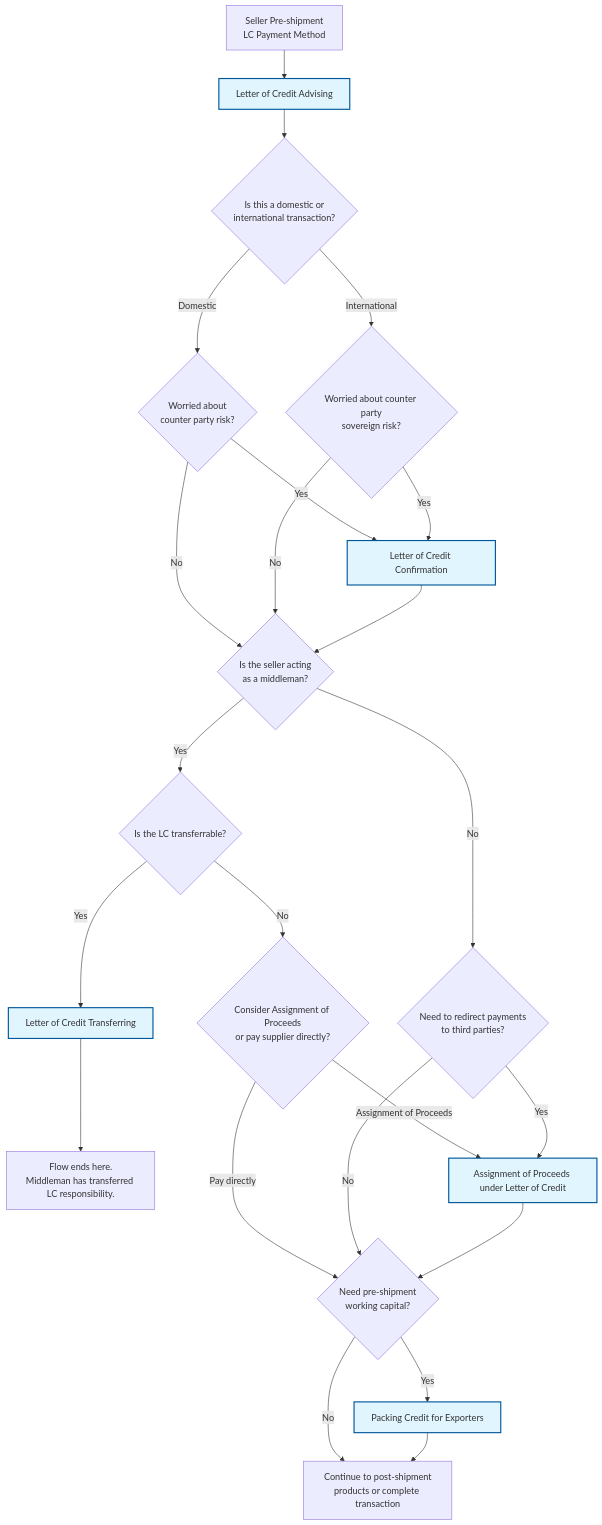
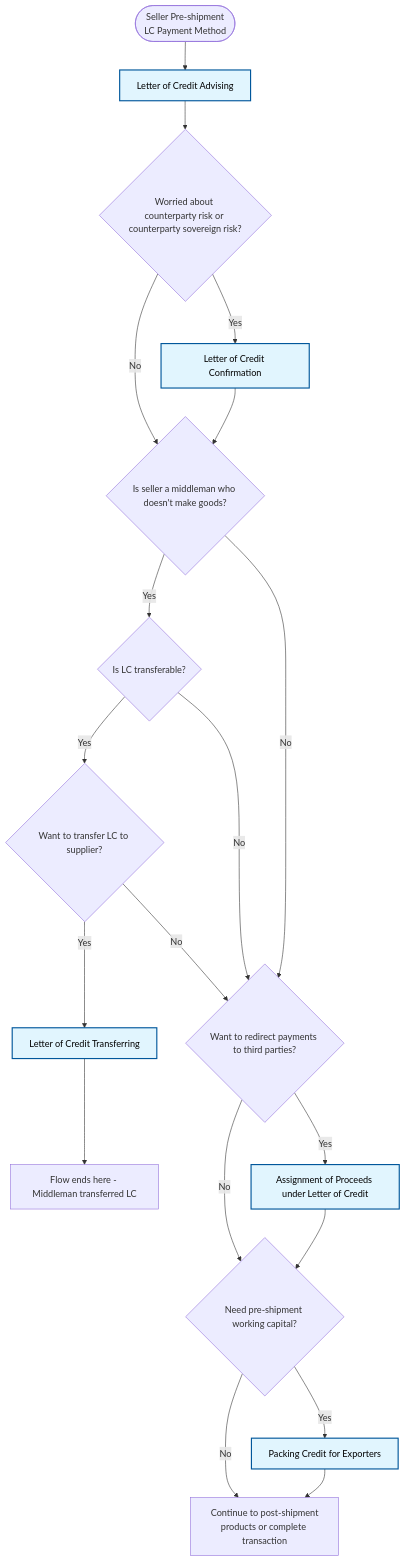
Before and after one commit to sage-develop/why: the diagram in lc_products_decision_tree_seller_pre_shipment.md, drawn with Mermaid. The commit also changed other lines of this file and 2 other files, not shown here.

Commit message:
update seller pre-shipment diag

````diff
--- a/lc_products_decision_tree_seller_pre_shipment.md
+++ b/lc_products_decision_tree_seller_pre_shipment.md
@@ -9,33 +3,31 @@
 ```mermaid
 flowchart TD
-    A@{ label: "Seller Pre-shipment<br style=\"--tw-scale-x:\">LC Payment Method" } --> B["Letter of Credit Advising"]
-    B --> C{"Is this a domestic or<br>international transaction?"}
-    C -- Domestic --> D{"Worried about<br>counter party risk?"}
-    C -- International --> E{"Worried about counter party<br>sovereign risk?"}
-    D -- Yes --> F["Letter of Credit Confirmation"]
-    E -- Yes --> F
-    D -- No --> G{"Is the seller acting<br>as a middleman?"}
-    E -- No --> G
-    F --> G
-    G -- Yes --> H{"Is the LC transferrable?"}
-    G -- No --> I{"Need to redirect payments<br>to third parties?"}
-    H -- Yes --> J["Letter of Credit Transferring"]
-    H -- No --> K{"Consider Assignment of Proceeds<br>or pay supplier directly?"}
-    J --> L["Flow ends here.<br>Middleman has transferred LC responsibility."]
-    K -- Assignment of Proceeds --> M["Assignment of Proceeds under Letter of Credit"]
-    K -- Pay directly --> N{"Need pre-shipment<br>working capital?"}
-    I -- Yes --> M
-    I -- No --> N
-    M --> N
-    N -- Yes --> O["Packing Credit for Exporters"]
-    N -- No --> P["Continue to post-shipment<br>products or complete transaction"]
-    O --> P
+    Start@{ label: "Seller Pre-shipment<br style=\"--tw-scale-x:\">LC Payment Method" } --> LCAdvising["Letter of Credit Advising"]
+    LCAdvising --> RiskConcern{"Worried about counterparty risk or counterparty sovereign risk?"}
+    RiskConcern -- Yes --> LCConfirm["Letter of Credit Confirmation"]
+    RiskConcern -- No --> CheckMiddleman@{ label: "Is seller a middleman who doesn't make goods?" }
+    LCConfirm --> CheckMiddleman
+    CheckMiddleman -- Yes --> TransferableCheck{"Is LC transferable?"}
+    TransferableCheck -- Yes --> WantTransfer{"Want to transfer LC to supplier?"}
+    WantTransfer -- Yes --> LCTransfer["Letter of Credit Transferring"]
+    WantTransfer -- No --> CheckAssign{"Want to redirect payments to third parties?"}
+    TransferableCheck -- No --> CheckAssign
+    LCTransfer --> End1["Flow ends here - Middleman transferred LC"]
+    CheckMiddleman -- No --> CheckAssign
+    CheckAssign -- Yes --> AssignProceeds["Assignment of Proceeds under Letter of Credit"]
+    CheckAssign -- No --> CheckPacking{"Need pre-shipment working capital?"}
+    AssignProceeds --> CheckPacking
+    CheckPacking -- Yes --> PackingCredit["Packing Credit for Exporters"]
+    CheckPacking -- No --> ContinueFlow@{ label: "Continue to post-shipment<br style=\"--tw-scale-x:\">products or complete transaction" }
+    PackingCredit --> ContinueFlow
 
-    A@{ shape: rect}
-     B:::product
-     F:::product
-     J:::product
-     M:::product
-     O:::product
-    classDef product fill:#e1f5fe,stroke:#01579b,stroke-width:2px,color:#000s
+    Start@{ shape: stadium}
+    CheckMiddleman@{ shape: diamond}
+    ContinueFlow@{ shape: rect}
+     LCAdvising:::productBox
+     LCConfirm:::productBox
+     LCTransfer:::productBox
+     AssignProceeds:::productBox
+     PackingCredit:::productBox
+    classDef productBox fill:#e1f5fe,stroke:#01579b,stroke-width:2px,color:#000
 ```
````
